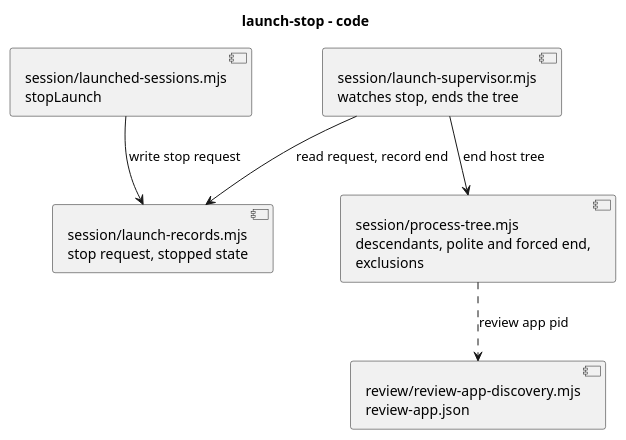
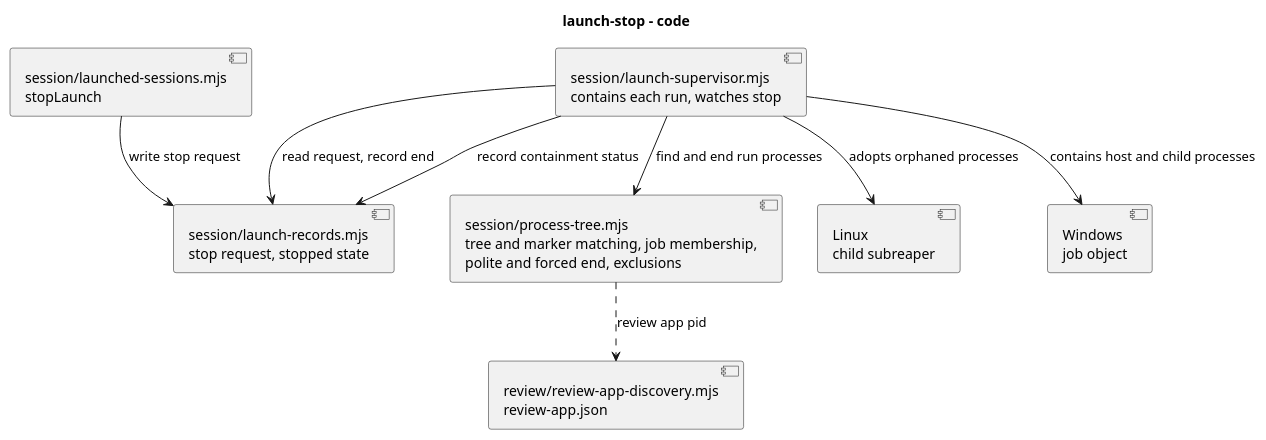
The diagram in docs/plans/launched-sessions/launch-stop/code.puml (RumyantsevMichael/Prism), drawn with PlantUML before and after one commit. The commit also changed 4 other files, not shown here.

```diff
--- a/docs/plans/launched-sessions/launch-stop/code.puml
+++ b/docs/plans/launched-sessions/launch-stop/code.puml
@@ -1,12 +1,17 @@
 @startuml
 title launch-stop - code
 component "session/launched-sessions.mjs\nstopLaunch" as Api
 component "session/launch-records.mjs\nstop request, stopped state" as Records
-component "session/launch-supervisor.mjs\nwatches stop, ends the tree" as Supervisor
-component "session/process-tree.mjs\ndescendants, polite and forced end,\nexclusions" as Tree
+component "session/launch-supervisor.mjs\ncontains each run, watches stop" as Supervisor
+component "session/process-tree.mjs\ntree and marker matching, job membership,\npolite and forced end, exclusions" as Tree
+component "Linux\nchild subreaper" as Subreaper
+component "Windows\njob object" as Job
 component "review/review-app-discovery.mjs\nreview-app.json" as Discovery
 Api --> Records : write stop request
 Supervisor --> Records : read request, record end
-Supervisor --> Tree : end host tree
+Supervisor --> Records : record containment status
+Supervisor --> Tree : find and end run processes
+Supervisor --> Subreaper : adopts orphaned processes
+Supervisor --> Job : contains host and child processes
 Tree ..> Discovery : review app pid
 @enduml
```
